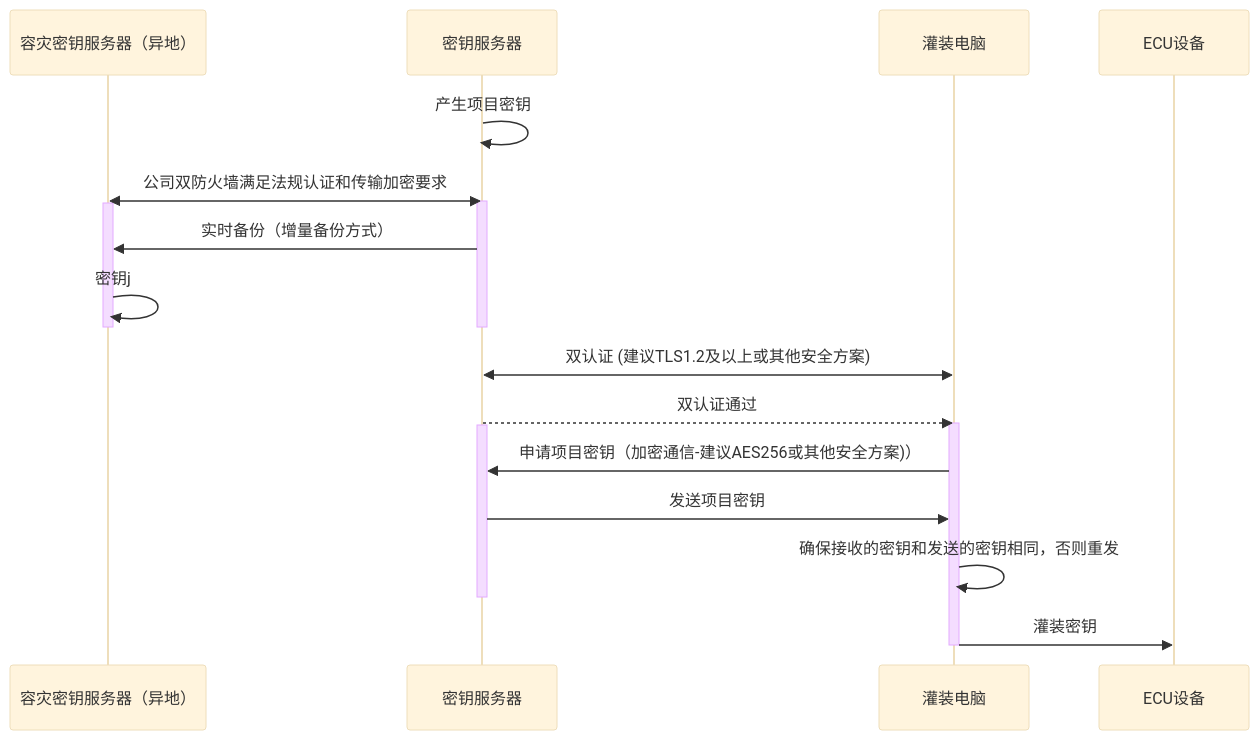
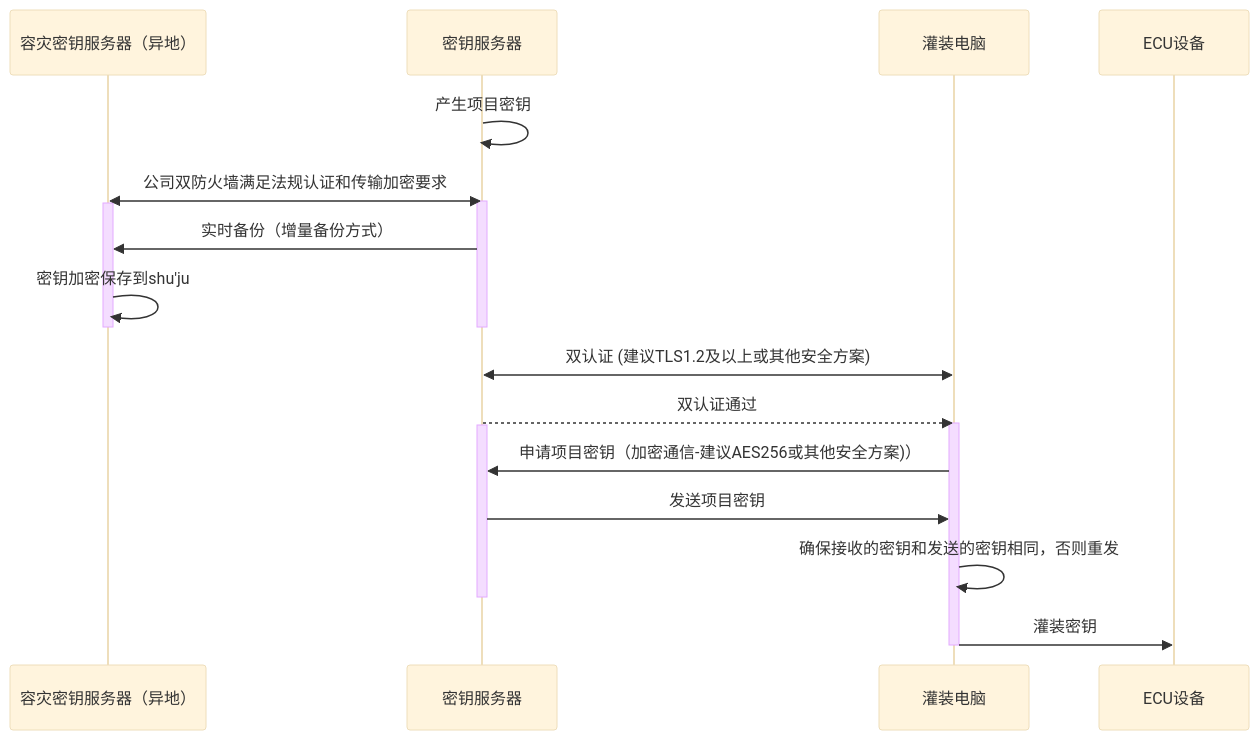
One commit to facebook-cloud/iodraw-files changed the diagram in all/未命名-15.md. Above: the diagram before and after it, drawn with Mermaid (base theme).

Commit message:
2026-02-07 09:51:05 update

````diff
--- a/all/未命名-15.md
+++ b/all/未命名-15.md
@@ -1,29 +1,29 @@
 ```mermaid
 sequenceDiagram
     participant B as 容灾密钥服务器（异地）
     participant A as 密钥服务器
     participant C as 灌装电脑
     participant D as ECU设备
 
     A->>A: 产生项目密钥
     A<<->>B: 公司双防火墙满足法规认证和传输加密要求
     activate A
     activate B
     A->>B: 实时备份（增量备份方式）
-    B->>B: 密钥j
+    B->>B: 密钥加密保存到shu'ju
     deactivate B
     deactivate A
 
     C<<->>A: 双认证 (建议TLS1.2及以上或其他安全方案)
     A-->>C: 双认证通过
     activate C
     activate A
     C->>A: 申请项目密钥（加密通信-建议AES256或其他安全方案)）
     A->>C: 发送项目密钥
 
     C->>C: 确保接收的密钥和发送的密钥相同，否则重发
     deactivate A
     C->>D: 灌装密钥
     deactivate C
 
 ```
````
